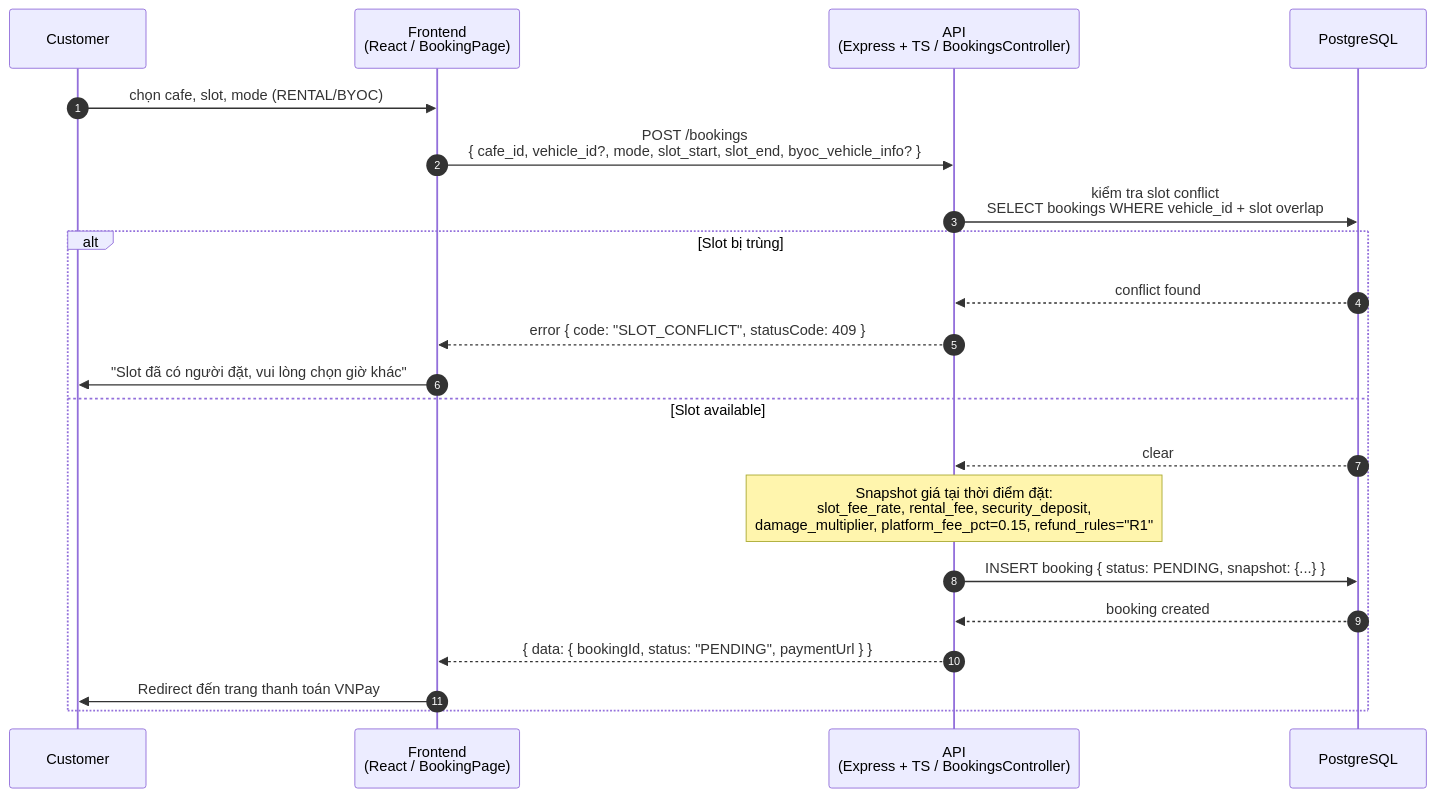
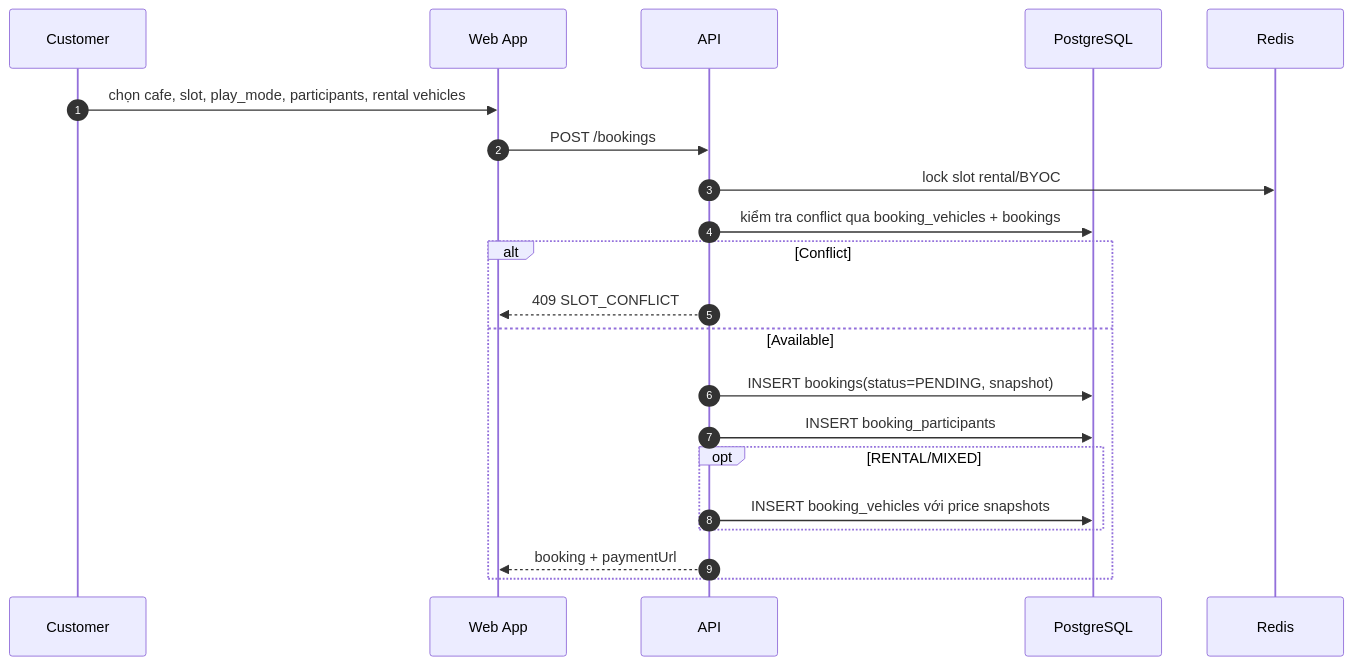
The first of 6 diagrams in docs/diagrams/sequence/sequence-flow-booking-lifecycle.md (RCField-SEP490/rcfield-spec), drawn with Mermaid before and after one commit. The commit also changed other lines of this file and 15 other files, not shown here.

First line of the commit message:
Refactor business rules for booking, dispute resolution, fleet management, inspections, promotions, and documentation updates

````diff
--- a/docs/diagrams/sequence/sequence-flow-booking-lifecycle.md
+++ b/docs/diagrams/sequence/sequence-flow-booking-lifecycle.md
@@ -48,26 +32,24 @@
 ```mermaid
 sequenceDiagram
     autonumber
     participant U as Customer
-    participant M as Frontend<br/>(React / BookingPage)
-    participant B as API<br/>(Express + TS / BookingsController)
+    participant W as Web App
+    participant API as API
     participant DB as PostgreSQL
+    participant R as Redis
 
-    U->>M: chọn cafe, slot, mode (RENTAL/BYOC)
-    M->>B: POST /bookings<br/>{ cafe_id, vehicle_id?, mode, slot_start, slot_end, byoc_vehicle_info? }
-
-    B->>DB: kiểm tra slot conflict<br/>SELECT bookings WHERE vehicle_id + slot overlap
-
-    alt Slot bị trùng
-        DB-->>B: conflict found
-        B-->>M: error { code: "SLOT_CONFLICT", statusCode: 409 }
-        M->>U: "Slot đã có người đặt, vui lòng chọn giờ khác"
-    else Slot available
-        DB-->>B: clear
-        Note over B: Snapshot giá tại thời điểm đặt:<br/>slot_fee_rate, rental_fee, security_deposit,<br/>damage_multiplier, platform_fee_pct=0.15, refund_rules="R1"
-        B->>DB: INSERT booking { status: PENDING, snapshot: {...} }
-        DB-->>B: booking created
-        B-->>M: { data: { bookingId, status: "PENDING", paymentUrl } }
-        M->>U: Redirect đến trang thanh toán VNPay
+    U->>W: chọn cafe, slot, play_mode, participants, rental vehicles
+    W->>API: POST /bookings
+    API->>R: lock slot rental/BYOC
+    API->>DB: kiểm tra conflict qua booking_vehicles + bookings
+    alt Conflict
+        API-->>W: 409 SLOT_CONFLICT
+    else Available
+        API->>DB: INSERT bookings(status=PENDING, snapshot)
+        API->>DB: INSERT booking_participants
+        opt RENTAL/MIXED
+            API->>DB: INSERT booking_vehicles với price snapshots
+        end
+        API-->>W: booking + paymentUrl
     end
 ```
````
